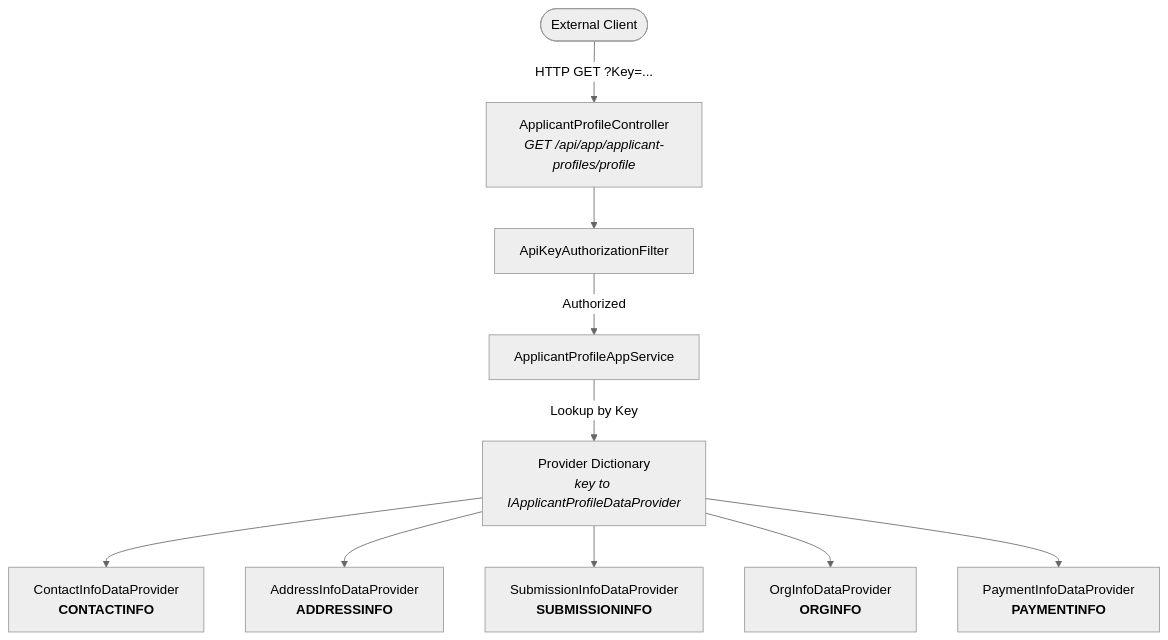
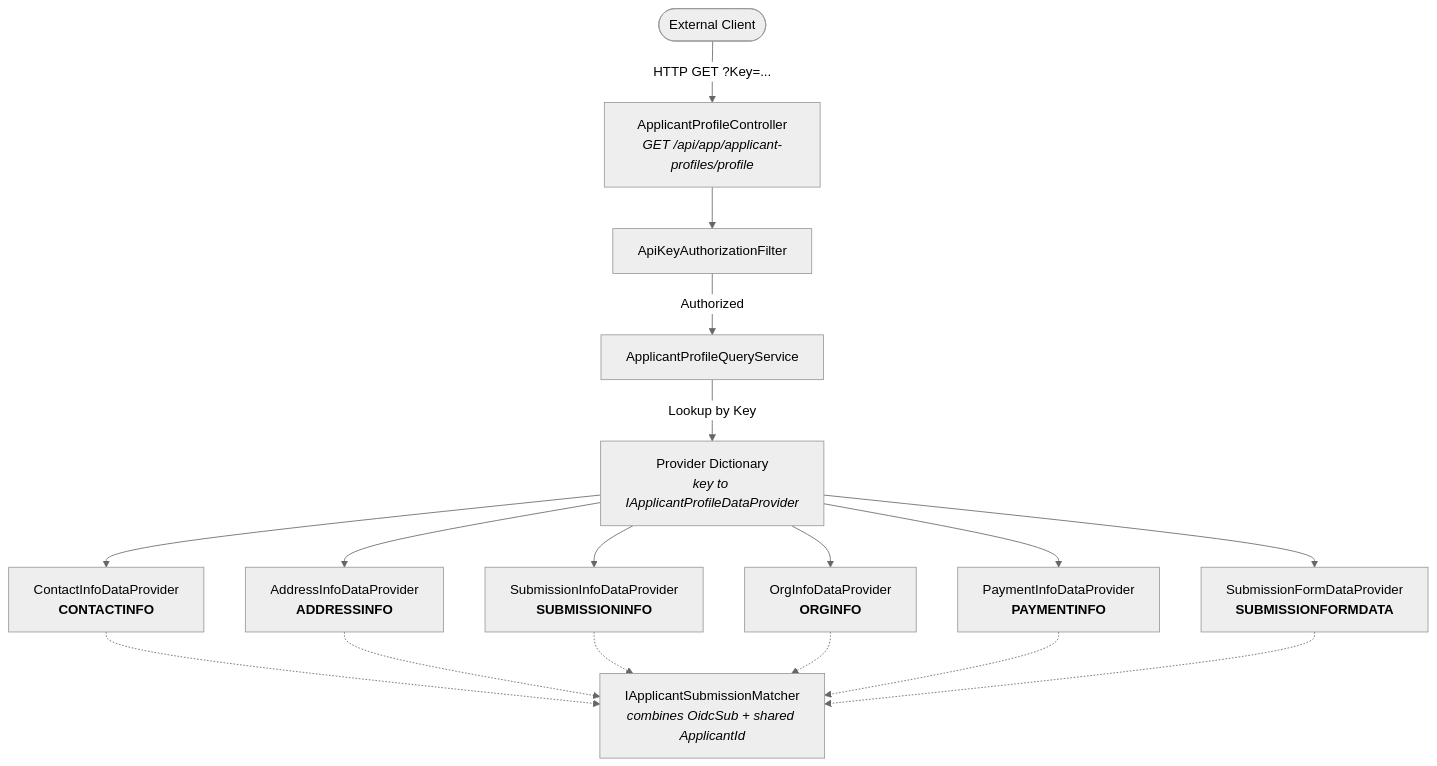
One commit to bcgov/Unity changed the first of 9 diagrams in documentation/applicant-portal/applicant-profile-data-providers.md. Above: the diagram before and after it, drawn with Mermaid (neutral theme). The commit also changed other lines of this file and 20 other files, not shown here.

````diff
--- a/documentation/applicant-portal/applicant-profile-data-providers.md
+++ b/documentation/applicant-portal/applicant-profile-data-providers.md
@@ -42,19 +46,28 @@
 ```mermaid
 graph TB
     Client([External Client])
     Controller["ApplicantProfileController<br/><i>GET /api/app/applicant-profiles/profile</i>"]
     Filter["ApiKeyAuthorizationFilter"]
-    AppService["ApplicantProfileAppService"]
+    AppService["ApplicantProfileQueryService"]
     ProviderDict["Provider Dictionary<br/><i>key to IApplicantProfileDataProvider</i>"]
+    Matcher["IApplicantSubmissionMatcher<br/><i>combines OidcSub + shared ApplicantId</i>"]
 
     Client -->|"HTTP GET ?Key=..."| Controller
     Controller --> Filter
     Filter -->|Authorized| AppService
     AppService -->|"Lookup by Key"| ProviderDict
 
     ProviderDict --> ContactProvider["ContactInfoDataProvider<br/><b>CONTACTINFO</b>"]
     ProviderDict --> AddressProvider["AddressInfoDataProvider<br/><b>ADDRESSINFO</b>"]
     ProviderDict --> SubmissionProvider["SubmissionInfoDataProvider<br/><b>SUBMISSIONINFO</b>"]
     ProviderDict --> OrgProvider["OrgInfoDataProvider<br/><b>ORGINFO</b>"]
     ProviderDict --> PaymentProvider["PaymentInfoDataProvider<br/><b>PAYMENTINFO</b>"]
+    ProviderDict --> FormDataProvider["SubmissionFormDataProvider<br/><b>SUBMISSIONFORMDATA</b>"]
+
+    ContactProvider -.-> Matcher
+    AddressProvider -.-> Matcher
+    SubmissionProvider -.-> Matcher
+    OrgProvider -.-> Matcher
+    PaymentProvider -.-> Matcher
+    FormDataProvider -.-> Matcher
 ```
````
